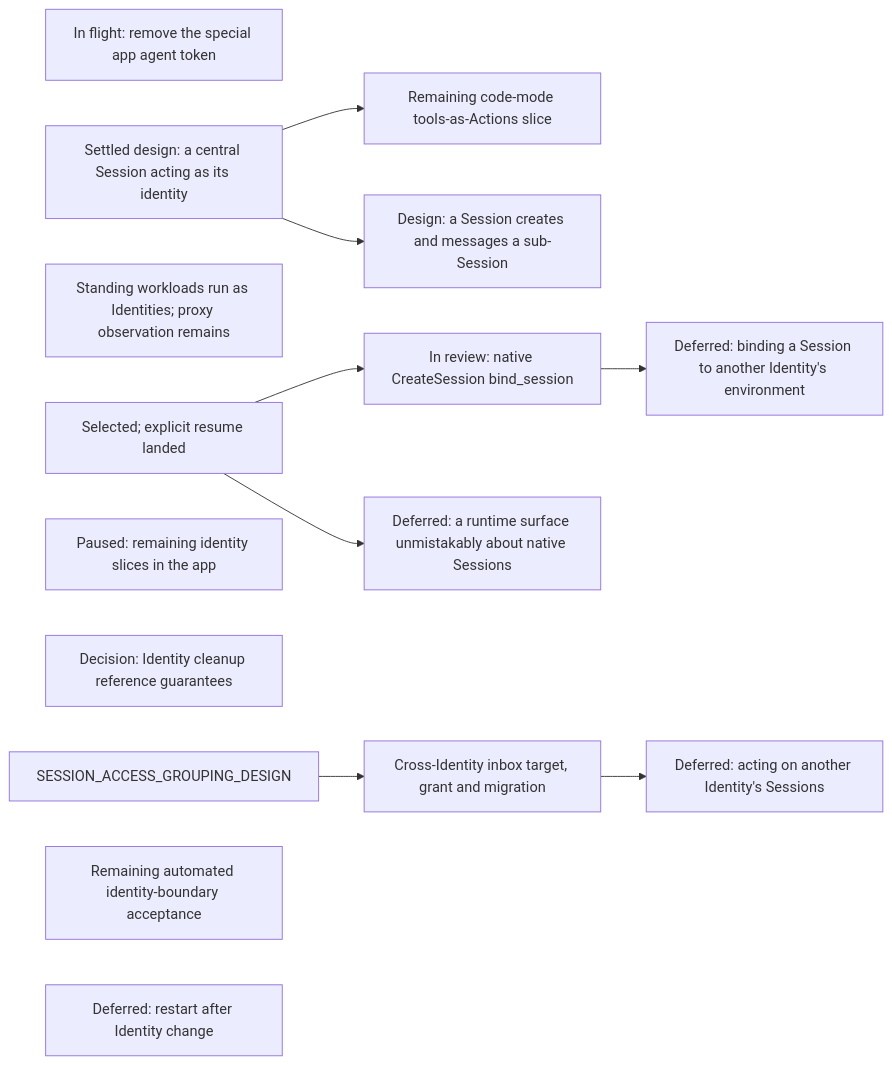
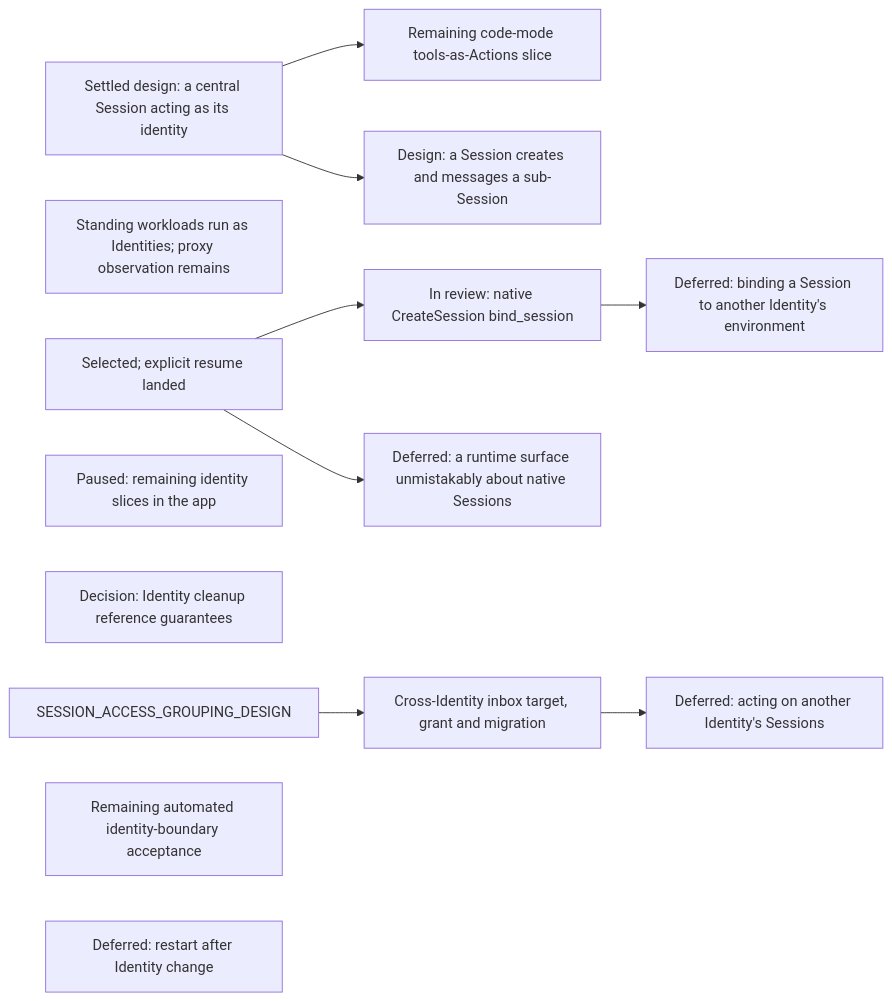
Before and after one commit to agentydragon/ducktape: diagram 18 of 21 in agentplane/plans/task_dag.md, drawn with Mermaid. The commit also changed other lines of this file and 6 other files, not shown here.

Commit message:
Retire the App agent ServiceAccount and TokenReview RBAC

````diff
--- a/agentplane/plans/task_dag.md
+++ b/agentplane/plans/task_dag.md
@@ -3351,21 +3346,20 @@
 ```mermaid
 flowchart LR
-    APP_AGENT_TOKEN_DECISION[In flight: remove the special app agent token]
     CENTRAL_SESSION_ACTING_DESIGN[Settled design: a central Session acting as its identity]
     CENTRAL_SESSION_DELEGATED_ACTING[Remaining code-mode tools-as-Actions slice]
     CENTRAL_SESSION_ACTING_DESIGN --> CENTRAL_SESSION_DELEGATED_ACTING
     STANDING_WORKLOAD_IDENTITY[Standing workloads run as Identities; proxy observation remains]
     ENVIRONMENT_LIFECYCLE_RULES[Selected; explicit resume landed]
     ENVIRONMENT_IDENTITY_BIND_SESSION[In review: native CreateSession bind_session]
     ENVIRONMENT_LIFECYCLE_RULES --> ENVIRONMENT_IDENTITY_BIND_SESSION
     APP_IDENTITIES_UI[Paused: remaining identity slices in the app]
     IDENTITY_CLEANUP_REFERENCE_DECISION[Decision: Identity cleanup reference guarantees]
     SESSION_SUBAGENT_DELEGATION[Design: a Session creates and messages a sub-Session]
     CENTRAL_SESSION_ACTING_DESIGN --> SESSION_SUBAGENT_DELEGATION
     SESSION_ACCESS_GROUPING_DESIGN --> SESSION_IDENTITY_AUTHZ[Cross-Identity inbox target, grant and migration]
     SESSION_IDENTITY_AUTHZ --> SESSION_CROSS_IDENTITY_AUTHORITY[Deferred: acting on another Identity's Sessions]
     ENVIRONMENT_LIFECYCLE_RULES --> ENVIRONMENT_RUNTIME_NATIVE_SURFACE[Deferred: a runtime surface unmistakably about native Sessions]
     ENVIRONMENT_IDENTITY_BIND_SESSION --> CROSS_IDENTITY_SESSION_BINDING[Deferred: binding a Session to another Identity's environment]
     IDENTITY_SYSTEM_TESTS[Remaining automated identity-boundary acceptance]
     SANDBOX_IDENTITY_CHANGE_CHECKPOINT[Deferred: restart after Identity change]
 ```
````
